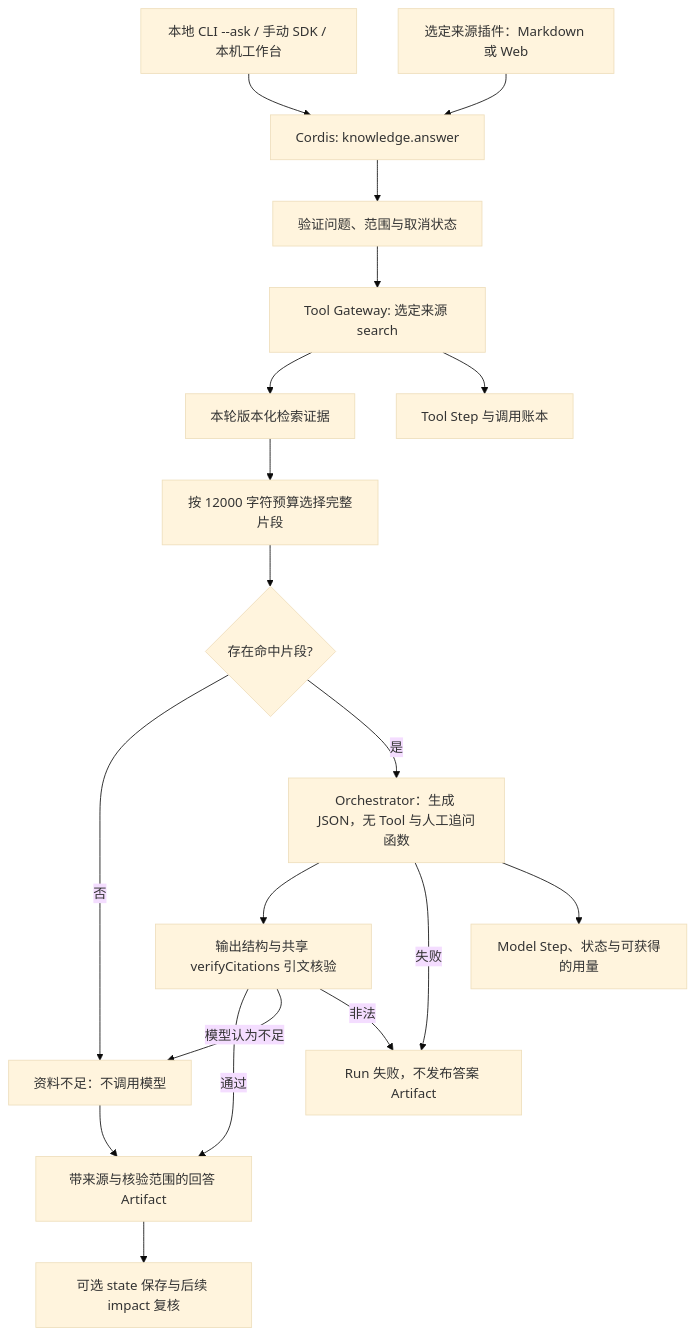
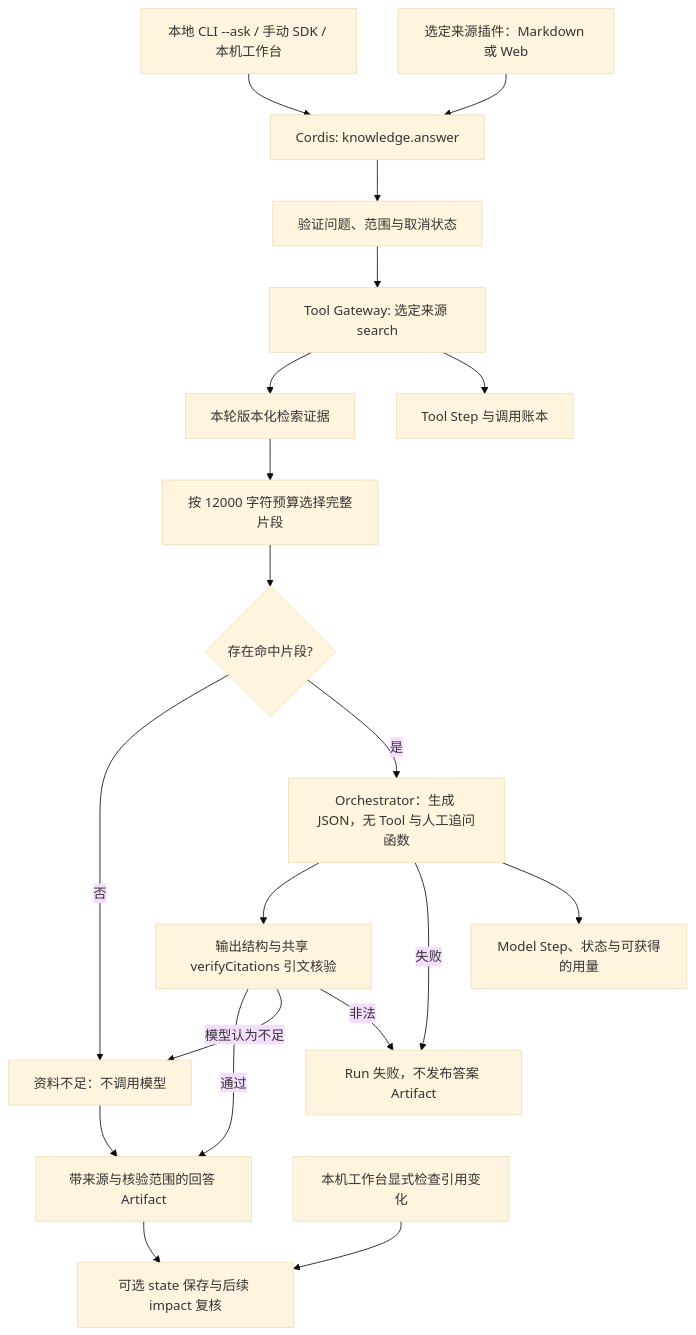
One commit to KlayPeter/AI-Delivery-Ops-Agent changed the diagram in backend/src/knowledge/answer/FEATURE.md. Above: the diagram before and after it, drawn with Mermaid (base theme). The commit also changed other lines of this file and 34 other files, not shown here.

````diff
--- a/backend/src/knowledge/answer/FEATURE.md
+++ b/backend/src/knowledge/answer/FEATURE.md
@@ -22,21 +22,22 @@
 ```mermaid
 flowchart TD
     U[本地 CLI --ask / 手动 SDK / 本机工作台] --> P[Cordis: knowledge.answer]
     S[选定来源插件：Markdown 或 Web] --> P
     P --> V[验证问题、范围与取消状态]
     V --> T[Tool Gateway: 选定来源 search]
     T --> E[本轮版本化检索证据]
     E --> C[按 12000 字符预算选择完整片段]
     C --> N{存在命中片段?}
     N -- 否 --> A[资料不足：不调用模型]
     N -- 是 --> M[Orchestrator：生成 JSON，无 Tool 与人工追问函数]
     M --> K[输出结构与共享 verifyCitations 引文核验]
     R --> HI[可选 state 保存与后续 impact 复核]
+    UI[本机工作台显式检查引用变化] --> HI
     K -- 通过 --> R[带来源与核验范围的回答 Artifact]
     K -- 模型认为不足 --> A
     K -- 非法 --> F[Run 失败，不发布答案 Artifact]
     M -- 失败 --> F
     T --> L[Tool Step 与调用账本]
     M --> L2[Model Step、状态与可获得的用量]
     A --> R
 ```
````
